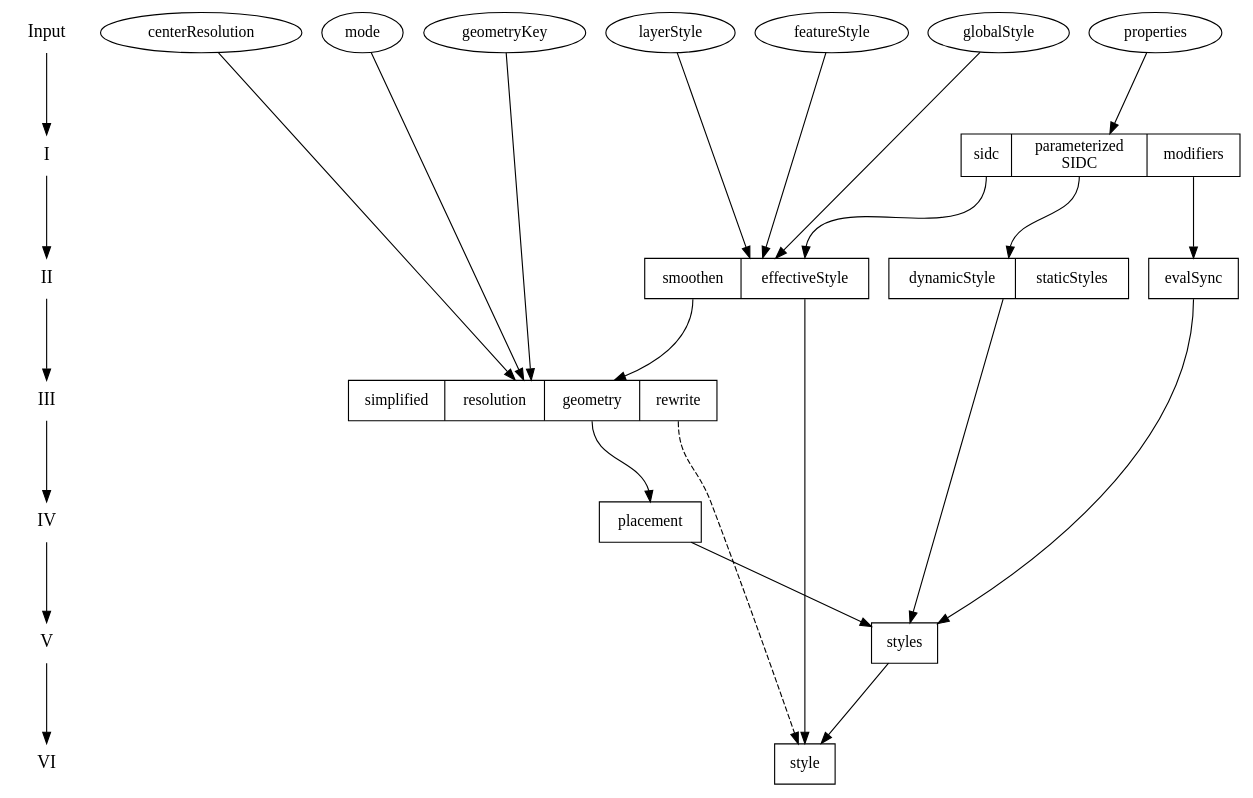
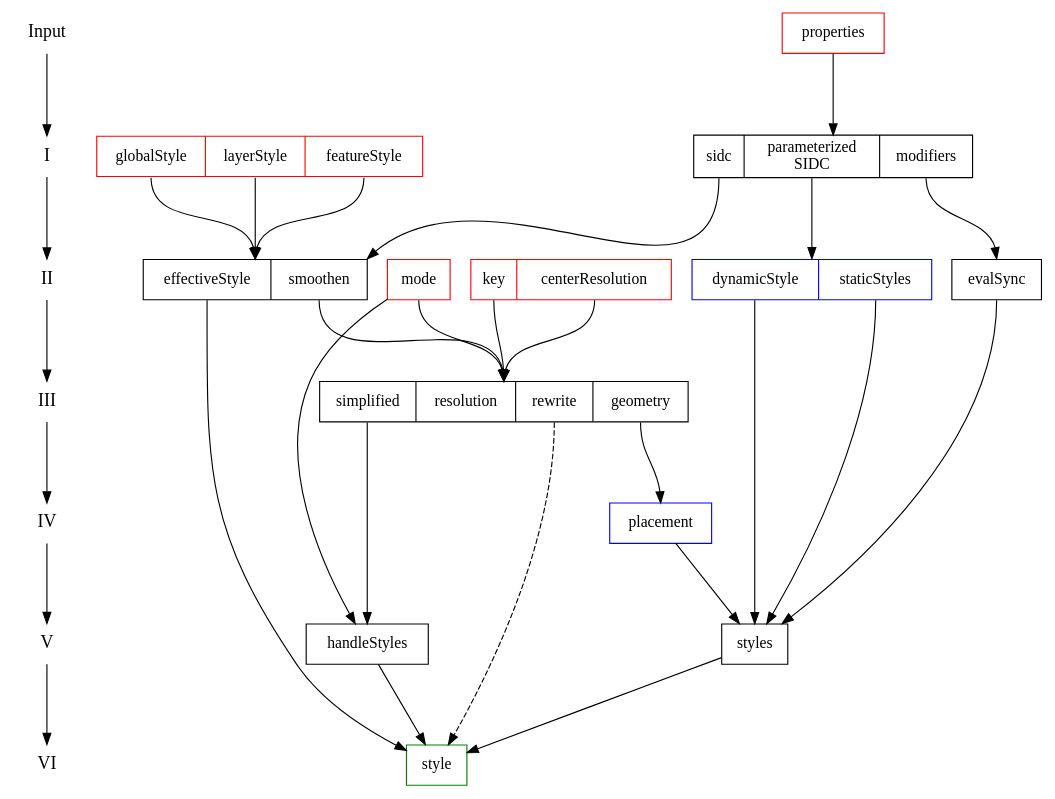
The diagram in paperwork/rules.dot (syncpoint/ODINv2), drawn with Graphviz before and after one commit. The commit also changed 6 other files, not shown here.

```diff
--- a/paperwork/rules.dot
+++ b/paperwork/rules.dot
@@ -1,76 +1,105 @@
 digraph structs {
   ranksep=1;
-  /* node [shape=box]; */
-
   {
     node [shape=plaintext, fontsize=16];
     Input -> I -> II -> III -> IV -> V -> VI;
   }
 
   { rank = same;
     Input;
-    properties; globalStyle; layerStyle; featureStyle; mode;
-    geometryKey; centerResolution;
+    node [shape=record];
+    properties [color=red];
   };
 
   { rank = same;
     I;
     node [shape=record];
-    PROPERTIES [label="{{<sidc> sidc|<parameterizedSIDC> parameterized\nSIDC|<modifiers> modifiers}}"];
+    INPUT_A [color=red,label="{{
+      <globalStyle> globalStyle|
+      <layerStyle> layerStyle|
+      <featureStyle> featureStyle
+    }}"];
+
+    PROPERTIES [label="{{
+      <sidc> sidc|
+      <parameterizedSIDC> parameterized\nSIDC|
+      <modifiers> modifiers
+    }}"];
   };
 
   { rank = same;
     II;
     node [shape=record];
-    EFFECTIVE [label="{{<smoothen> smoothen|<effectiveStyle> effectiveStyle}}"];
+    mode [color=red];
+    INPUT_B [color=red,label="{{
+      <key> key|
+      <centerResolution> centerResolution
+    }}"];
 
-    node [shape=box];
+    EFFECTIVE [label="{{
+      <effectiveStyle> effectiveStyle|
+      <smoothen> smoothen
+    }}"];
+
     evalSync;
 
     node [shape=record];
-    STYLES [label="{{<dynamicStyle> dynamicStyle|<staticStyles> staticStyles}}"];
+    STYLES [color=blue,label="{{
+      <dynamicStyle> dynamicStyle|
+      <staticStyles> staticStyles
+    }}"];
   };
 
   { rank = same;
     III;
     node [shape=record];
-    GEOMETRY [label="{{<simplified> simplified|<resolution> resolution|<geometry> geometry|<rewrite> rewrite}}"];
+    GEOMETRY [label="{{
+      <simplified> simplified|
+      <resolution> resolution|
+      <rewrite> rewrite|
+      <geometry> geometry
+    }}"
+    ];
   };
 
   { rank = same;
     IV;
     node [shape=box];
-    placement;
+    placement [color=blue];
   };
 
   { rank = same;
     V;
     node [shape=box];
-    styles;
+    styles; handleStyles;
   };
 
   { rank = same;
     VI;
     node [shape=box];
-    style;
+    style [color=green];
   };
 
   properties -> PROPERTIES;
-  PROPERTIES:sidc:s -> EFFECTIVE:effectiveStyle:n;
-  globalStyle -> EFFECTIVE;
-  layerStyle -> EFFECTIVE;
-  featureStyle -> EFFECTIVE;
+  PROPERTIES:sidc:s -> EFFECTIVE:ne;
+  INPUT_A:globalStyle -> EFFECTIVE:n;
+  INPUT_A:layerStyle -> EFFECTIVE:n;
+  INPUT_A:featureStyle -> EFFECTIVE:n;
   PROPERTIES:parameterizedSIDC -> STYLES:n;
-  PROPERTIES:modifiers -> evalSync;
-  mode -> GEOMETRY;
-  EFFECTIVE:smoothen:s -> GEOMETRY;
-  geometryKey -> GEOMETRY;
-  centerResolution -> GEOMETRY;
+  PROPERTIES:modifiers -> evalSync:n;
+  mode:s -> GEOMETRY:n;
+  EFFECTIVE:smoothen:s -> GEOMETRY:n;
+  INPUT_B:key -> GEOMETRY:n;
+  INPUT_B:centerResolution -> GEOMETRY:n;
   GEOMETRY:geometry:s -> placement:n;
+  STYLES:dynamicStyle -> styles;
+  STYLES:staticStyles -> styles;
+  mode -> handleStyles;
+  GEOMETRY:simplified -> handleStyles;
   placement -> styles;
   evalSync:s -> styles;
-  STYLES -> styles;
   GEOMETRY:rewrite:s -> style [style=dashed];
   styles -> style;
   EFFECTIVE:effectiveStyle:s -> style;
+  handleStyles -> style;
 }
```
